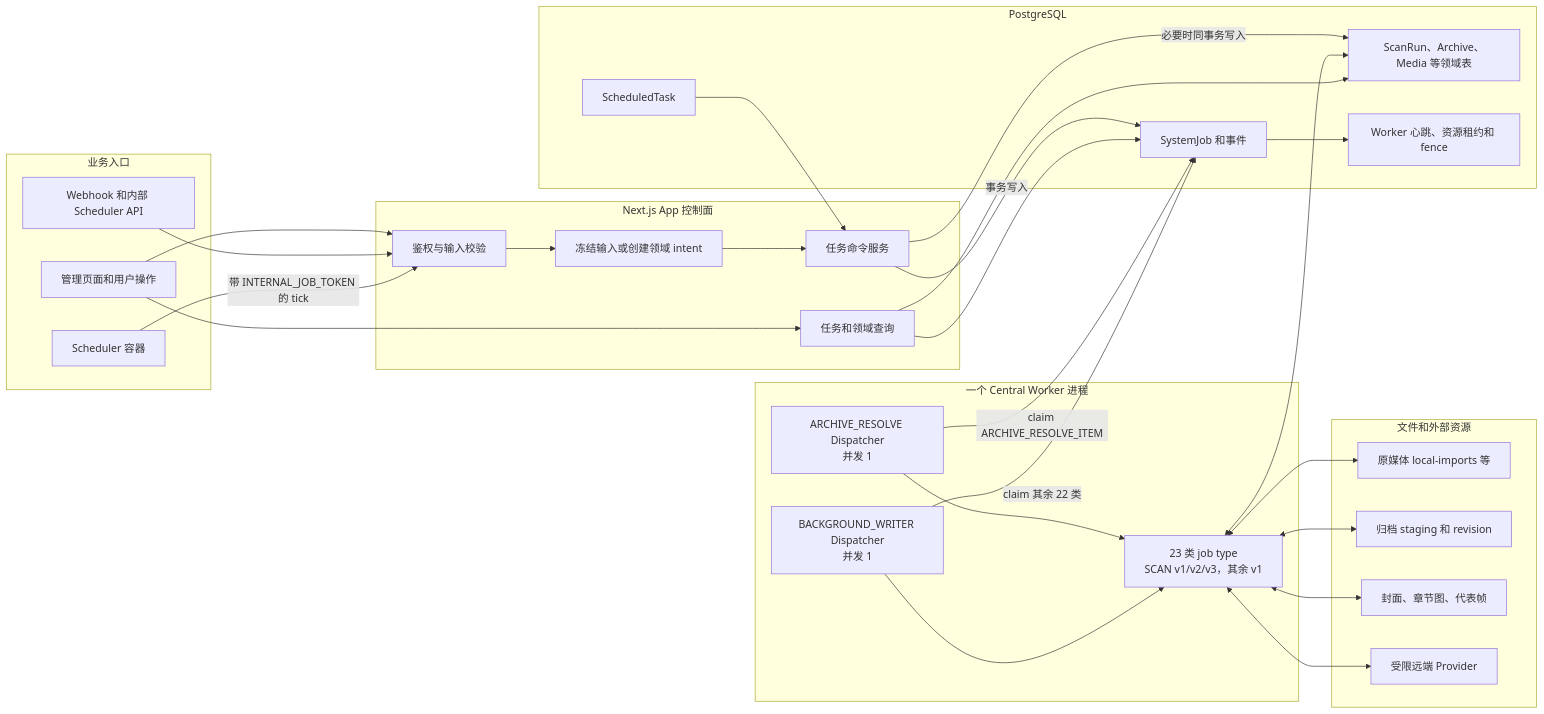
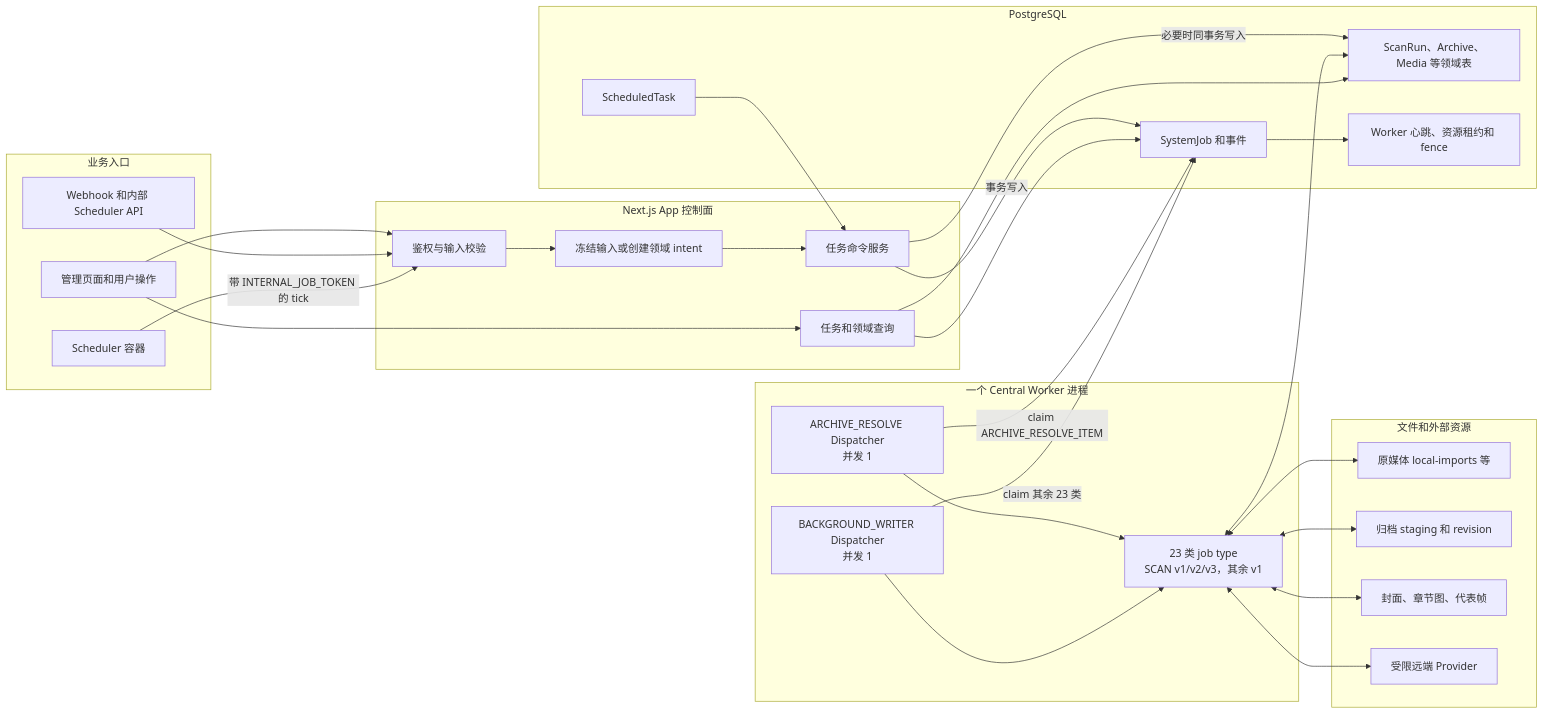
One commit to namehu/PixiShelf changed the first of 12 diagrams in docs/architecture/background-job-business-flows.md. Above: the diagram before and after it, drawn with Mermaid. The commit also changed other lines of this file and 38 other files, not shown here.

````diff
--- a/docs/architecture/background-job-business-flows.md
+++ b/docs/architecture/background-job-business-flows.md
@@ -50,56 +50,56 @@
 ```mermaid
 flowchart LR
   subgraph Entry[业务入口]
     UI[管理页面和用户操作]
     API[Webhook 和内部 Scheduler API]
     SCH[Scheduler 容器]
   end
 
   subgraph App[Next.js App 控制面]
     AUTH[鉴权与输入校验]
     SNAP[冻结输入或创建领域 intent]
     CMD[任务命令服务]
     READ[任务和领域查询]
   end
 
   subgraph DB[PostgreSQL]
     TASK[ScheduledTask]
     JOB[SystemJob 和事件]
     DOMAIN[ScanRun、Archive、Media 等领域表]
     LEASE[Worker 心跳、资源租约和 fence]
   end
 
   subgraph Worker[一个 Central Worker 进程]
     RESOLVE[ARCHIVE_RESOLVE Dispatcher\n并发 1]
     WRITER[BACKGROUND_WRITER Dispatcher\n并发 1]
     EXEC[23 类 job type\nSCAN v1/v2/v3，其余 v1]
   end
 
   subgraph Storage[文件和外部资源]
     SOURCE[原媒体 local-imports 等]
     ARCHIVE[归档 staging 和 revision]
     DERIVED[封面、章节图、代表帧]
     REMOTE[受限远端 Provider]
   end
 
   UI --> AUTH
   API --> AUTH
   SCH -->|带 INTERNAL_JOB_TOKEN 的 tick| AUTH
   AUTH --> SNAP --> CMD
   TASK --> CMD
   CMD -->|事务写入| JOB
   CMD -->|必要时同事务写入| DOMAIN
   RESOLVE -->|claim ARCHIVE_RESOLVE_ITEM| JOB
-  WRITER -->|claim 其余 22 类| JOB
+  WRITER -->|claim 其余 23 类| JOB
   JOB --> LEASE
   RESOLVE --> EXEC
   WRITER --> EXEC
   EXEC <--> DOMAIN
   EXEC <--> SOURCE
   EXEC <--> ARCHIVE
   EXEC <--> DERIVED
   EXEC <--> REMOTE
   READ --> JOB
   READ --> DOMAIN
   UI --> READ
 ```
````
